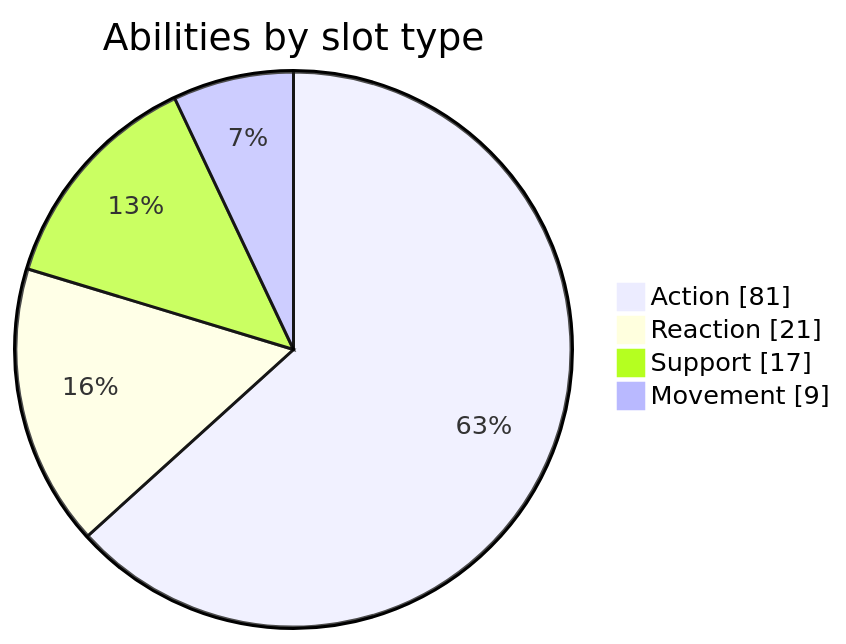
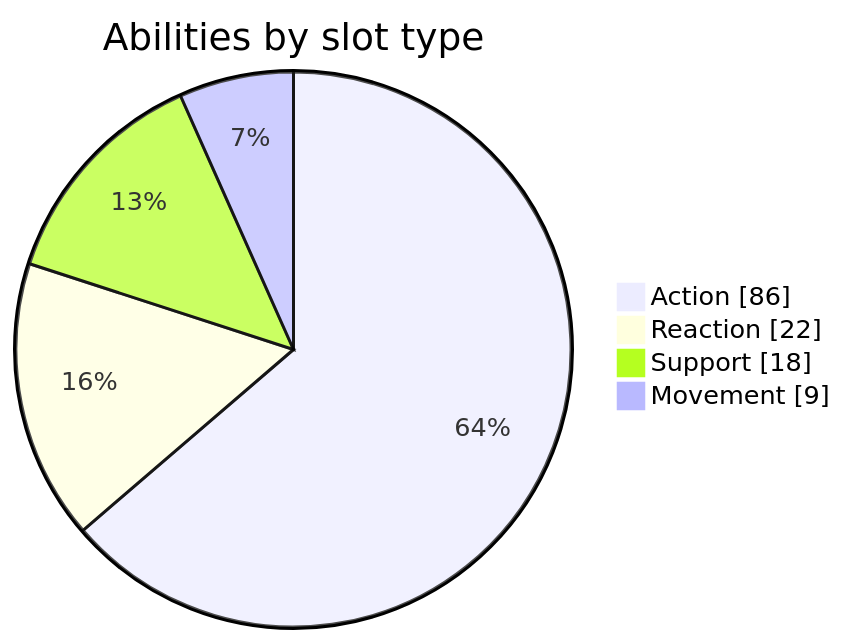
One commit to CptNope/Chess-RPG-Tactics changed the second of 4 diagrams in docs/CONTENT_REFERENCE.md. Above: the diagram before and after it, drawn with Mermaid. The commit also changed other lines of this file and 29 other files, not shown here.

````diff
--- a/docs/CONTENT_REFERENCE.md
+++ b/docs/CONTENT_REFERENCE.md
@@ -142,7 +146,7 @@
 ```mermaid
 pie showData title Abilities by slot type
-  "Action" : 81
-  "Reaction" : 21
-  "Support" : 17
+  "Action" : 86
+  "Reaction" : 22
+  "Support" : 18
   "Movement" : 9
 ```
````
